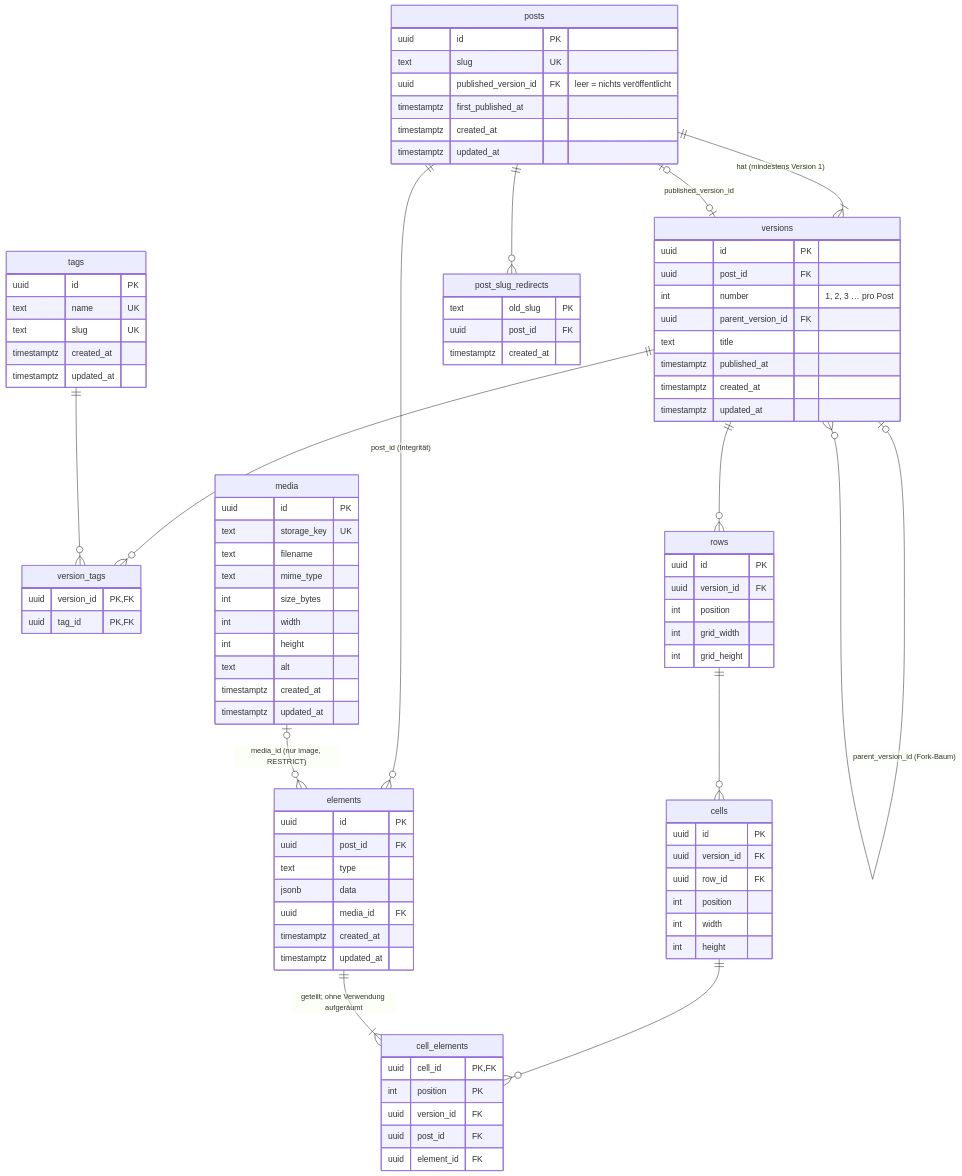
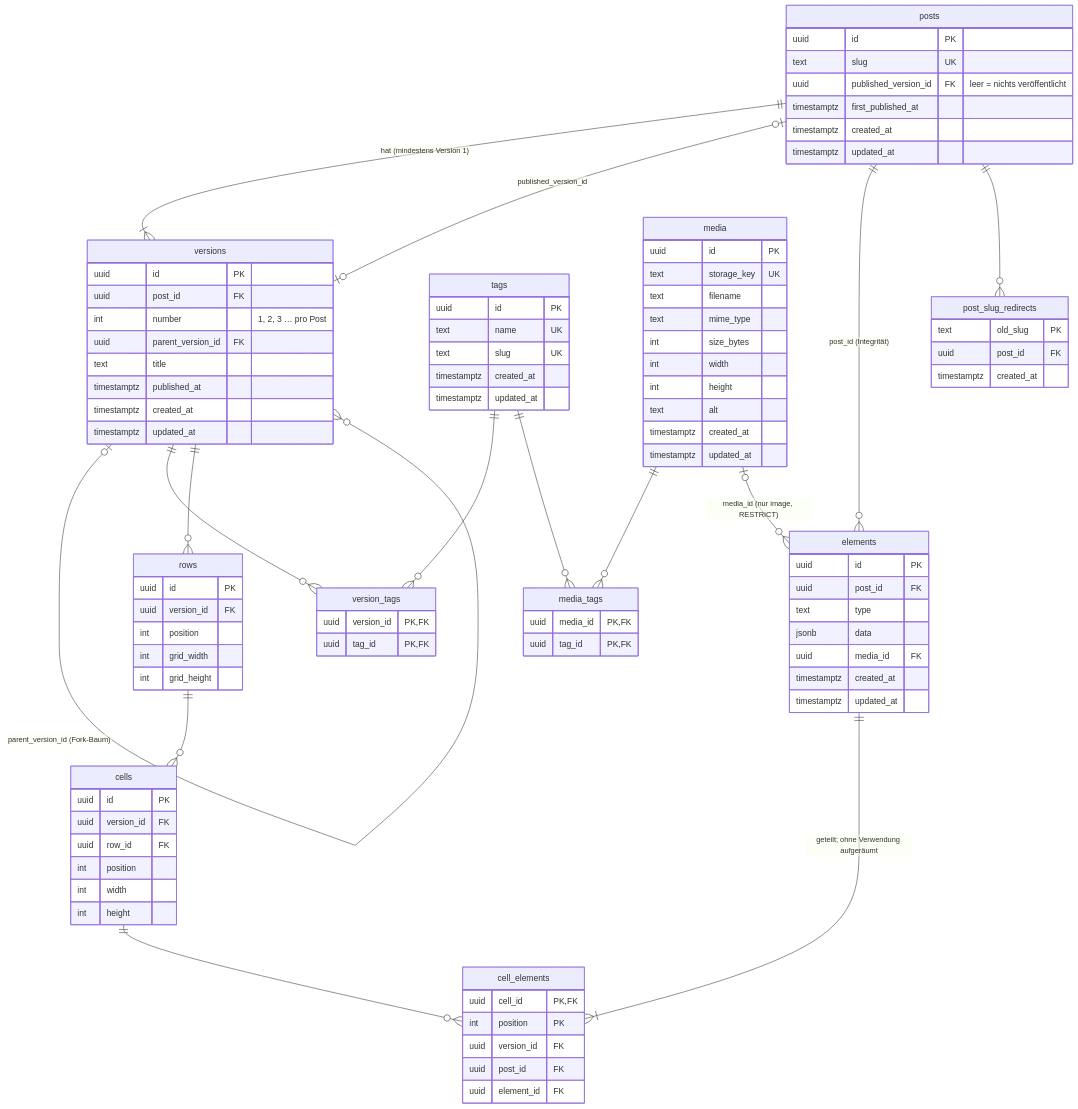
One commit to weedukind/root-yourself changed the diagram in docs/concept.md. Above: the diagram before and after it, drawn with Mermaid. The commit also changed other lines of this file and 15 other files, not shown here.

```diff
--- a/docs/concept.md
+++ b/docs/concept.md
@@ -167,6 +168,8 @@
     versions |o--o{ versions : "parent_version_id (Fork-Baum)"
     versions ||--o{ version_tags : ""
     tags ||--o{ version_tags : ""
+    tags ||--o{ media_tags : ""
+    media ||--o{ media_tags : ""
     versions ||--o{ rows : ""
     rows ||--o{ cells : ""
     cells ||--o{ cell_elements : ""
@@ -195,6 +198,10 @@
     }
     version_tags {
         uuid version_id PK,FK
+        uuid tag_id PK,FK
+    }
+    media_tags {
+        uuid media_id PK,FK
         uuid tag_id PK,FK
     }
     tags {
```
